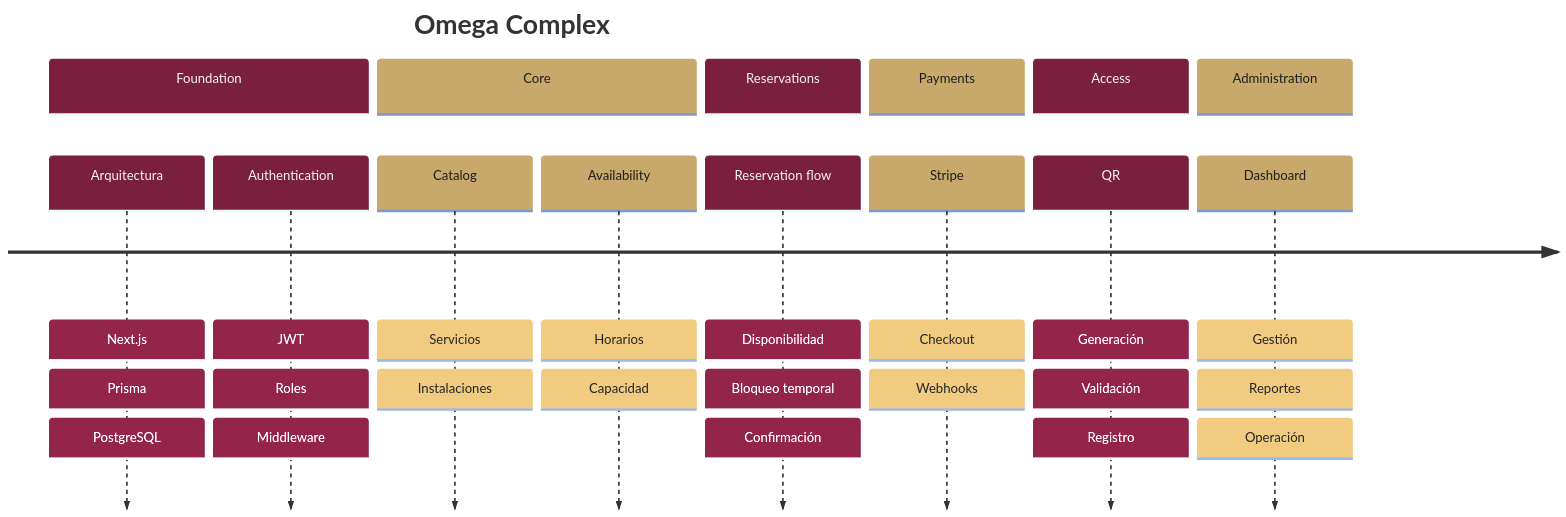
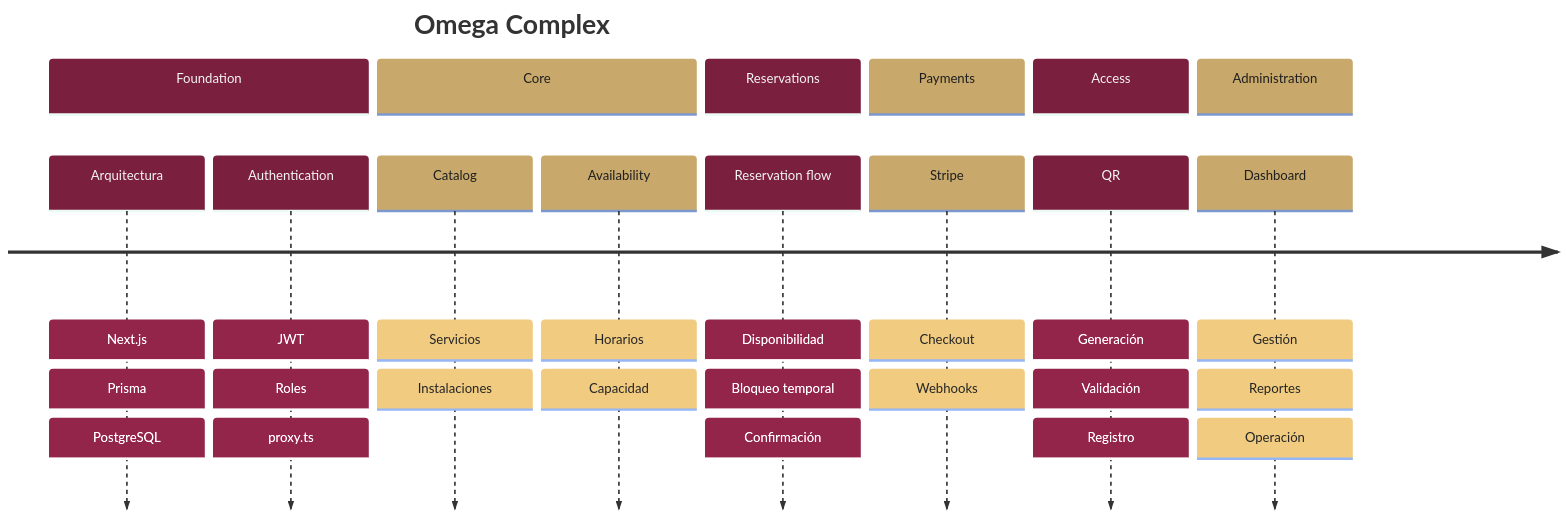
The eighth of 8 diagrams in README.md (LaoraSad/omegaComplex), drawn with Mermaid before and after one commit. The commit also changed other lines of this file and 1 other file, not shown here.

````diff
--- a/README.md
+++ b/README.md
@@ -602,19 +603,19 @@
 ```mermaid
 %%{init: {'theme':'base','themeVariables':{'cScale0':'#7A1F3D','cScale1':'#C8A96B','cScale2':'#7A1F3D','cScale3':'#C8A96B','cScale4':'#7A1F3D','cScale5':'#C8A96B','cScaleLabel0':'#F5F5F5','cScaleLabel1':'#1F1F1F','cScaleLabel2':'#F5F5F5','cScaleLabel3':'#1F1F1F','cScaleLabel4':'#F5F5F5','cScaleLabel5':'#1F1F1F'}}}%%
 timeline
     title Omega Complex
     section Foundation
         Arquitectura : Next.js : Prisma : PostgreSQL
-        Authentication : JWT : Roles : Middleware
+        Authentication : JWT : Roles : proxy.ts
     section Core
         Catalog : Servicios : Instalaciones
         Availability : Horarios : Capacidad
     section Reservations
         Reservation flow : Disponibilidad : Bloqueo temporal : Confirmación
     section Payments
         Stripe : Checkout : Webhooks
     section Access
         QR : Generación : Validación : Registro
     section Administration
         Dashboard : Gestión : Reportes : Operación
 ```
````
